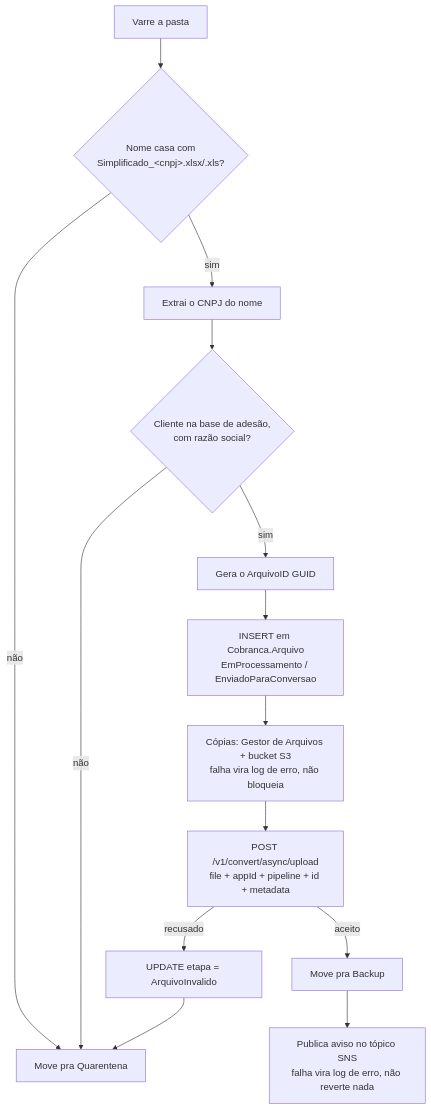
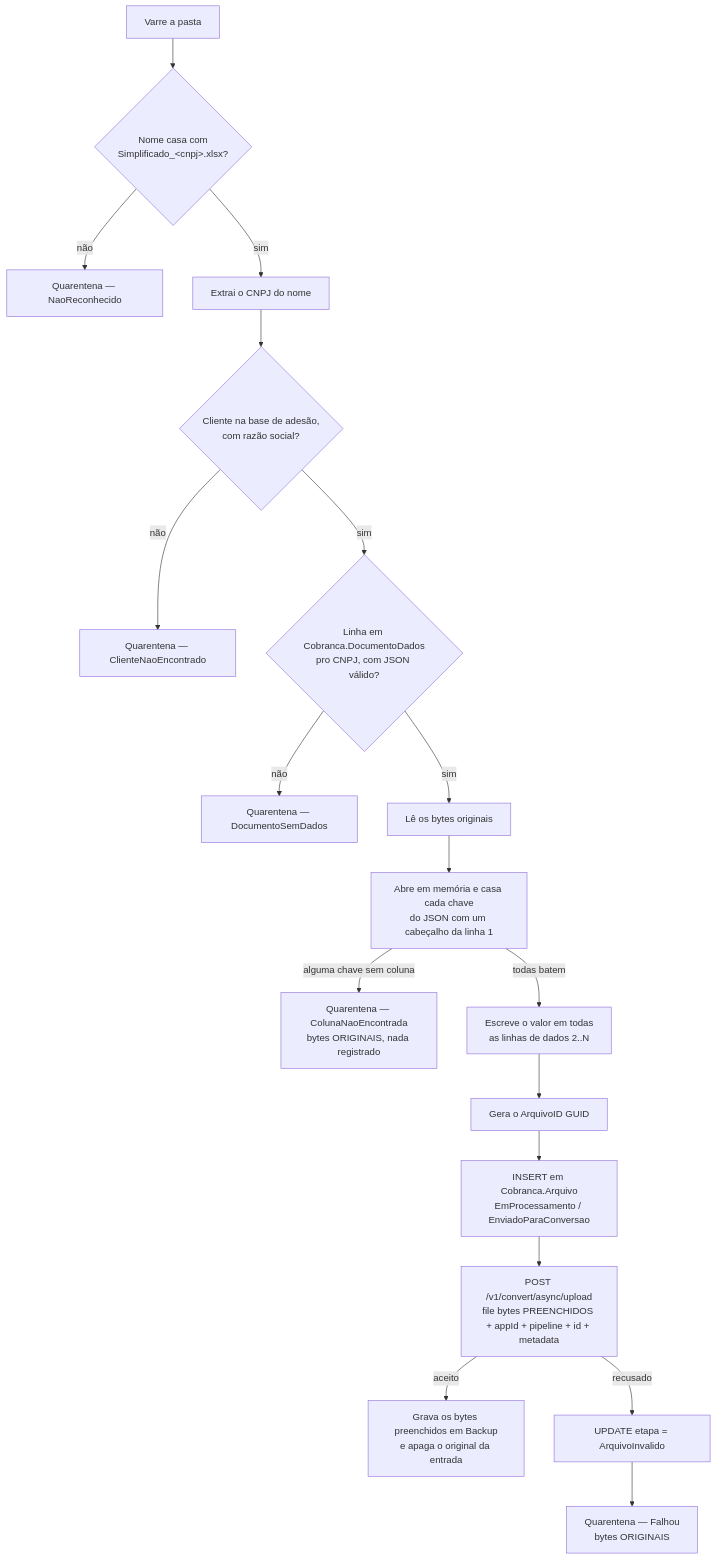
Before and after one commit to danielbfr3/arquivo-retorno-worker: the diagram in docs/regras-de-negocio.md, drawn with Mermaid. The commit also changed other lines of this file and 37 other files, not shown here.

````diff
--- a/docs/regras-de-negocio.md
+++ b/docs/regras-de-negocio.md
@@ -23,15 +25,19 @@
 ```mermaid
 flowchart TD
-    A[Varre a pasta] --> B{Nome casa com<br/>Simplificado_&lt;cnpj&gt;.xlsx/.xls?}
-    B -- não --> Q[Move pra Quarentena]
+    A[Varre a pasta] --> B{Nome casa com<br/>Simplificado_&lt;cnpj&gt;.xlsx?}
+    B -- não --> Q1[Quarentena — NaoReconhecido]
     B -- sim --> C[Extrai o CNPJ do nome]
     C --> D{Cliente na base de adesão,<br/>com razão social?}
-    D -- não --> Q
-    D -- sim --> E[Gera o ArquivoID GUID]
-    E --> F[INSERT em Cobranca.Arquivo<br/>EmProcessamento / EnviadoParaConversao]
-    F --> S[Cópias: Gestor de Arquivos + bucket S3<br/>falha vira log de erro, não bloqueia]
-    S --> G[POST /v1/convert/async/upload<br/>file + appId + pipeline + id + metadata]
-    G -- aceito --> H[Move pra Backup]
-    H --> N[Publica aviso no tópico SNS<br/>falha vira log de erro, não reverte nada]
-    G -- recusado --> I[UPDATE etapa = ArquivoInvalido] --> Q
+    D -- não --> Q2[Quarentena — ClienteNaoEncontrado]
+    D -- sim --> E{Linha em Cobranca.DocumentoDados<br/>pro CNPJ, com JSON válido?}
+    E -- não --> Q3[Quarentena — DocumentoSemDados]
+    E -- sim --> F[Lê os bytes originais]
+    F --> G[Abre em memória e casa cada chave<br/>do JSON com um cabeçalho da linha 1]
+    G -- alguma chave sem coluna --> Q4[Quarentena — ColunaNaoEncontrada<br/>bytes ORIGINAIS, nada registrado]
+    G -- todas batem --> H[Escreve o valor em todas<br/>as linhas de dados 2..N]
+    H --> I[Gera o ArquivoID GUID]
+    I --> J[INSERT em Cobranca.Arquivo<br/>EmProcessamento / EnviadoParaConversao]
+    J --> K[POST /v1/convert/async/upload<br/>file bytes PREENCHIDOS + appId + pipeline + id + metadata]
+    K -- aceito --> L[Grava os bytes preenchidos em Backup<br/>e apaga o original da entrada]
+    K -- recusado --> M[UPDATE etapa = ArquivoInvalido] --> Q5[Quarentena — Falhou<br/>bytes ORIGINAIS]
 ```
````
